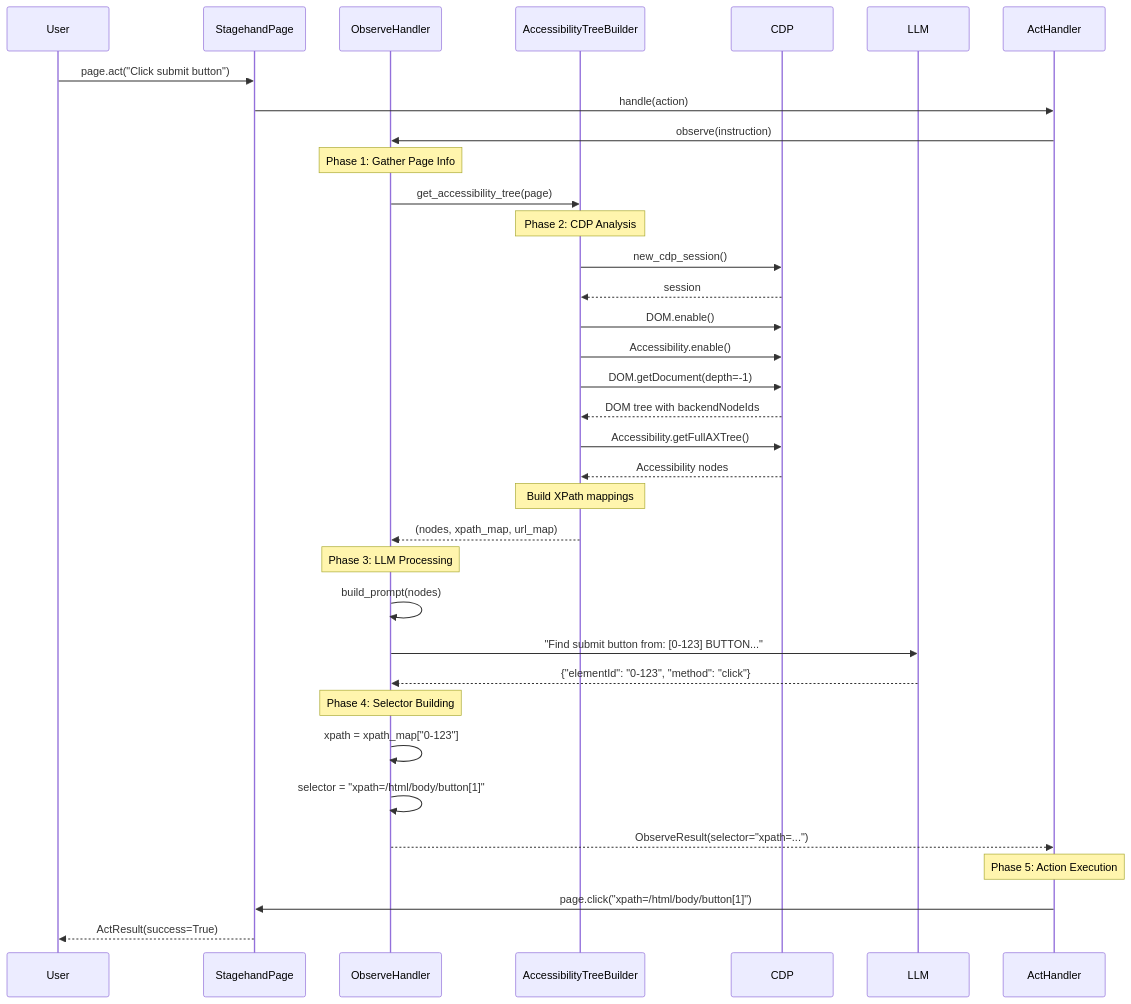
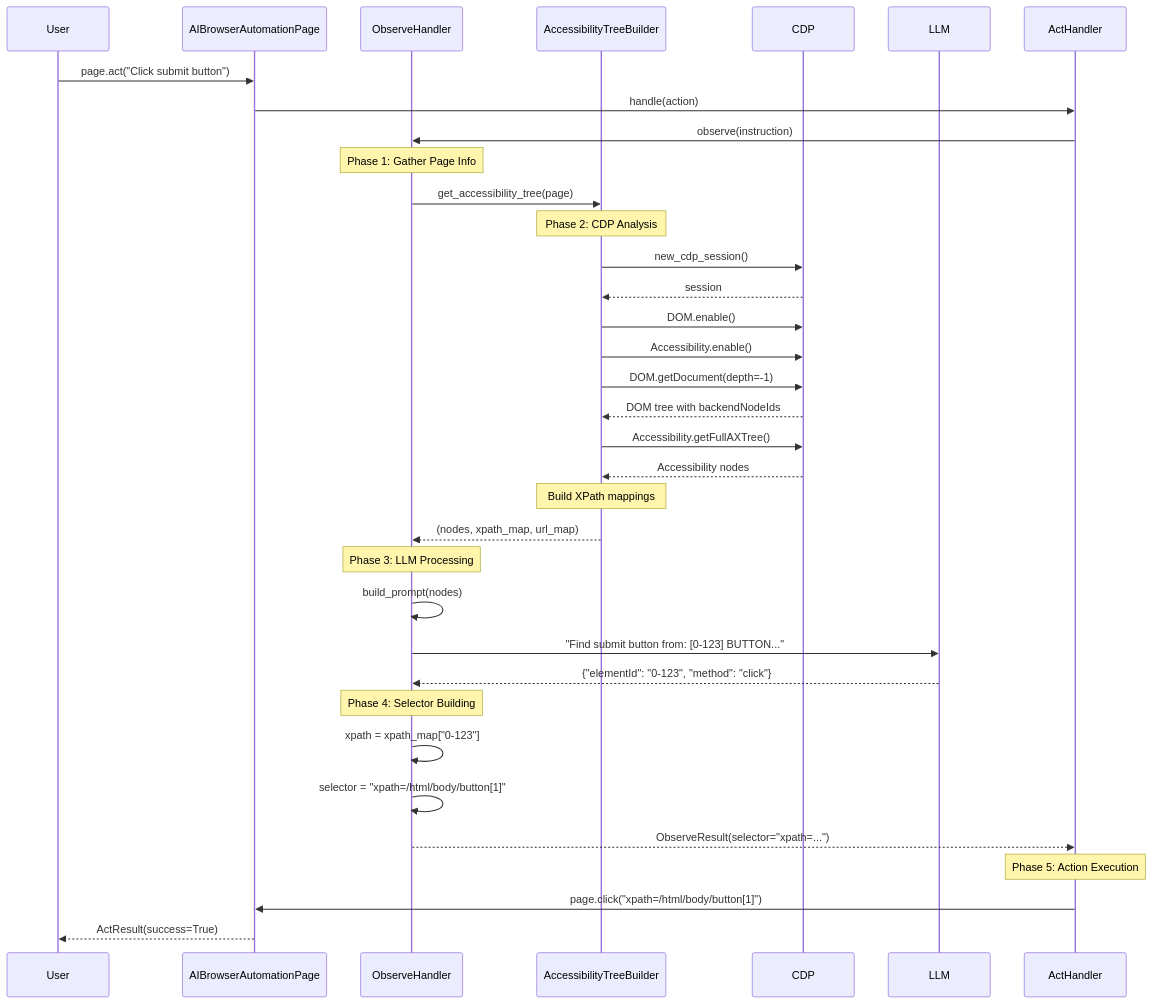
One commit to Aniruddh1/ai_browser_automation changed the diagram in docs/CDP_WORKFLOW_DIAGRAM.md. Above: the diagram before and after it, drawn with Mermaid. The commit also changed 47 other files, not shown here.

````diff
--- a/docs/CDP_WORKFLOW_DIAGRAM.md
+++ b/docs/CDP_WORKFLOW_DIAGRAM.md
@@ -5,47 +5,47 @@
 ```mermaid
 sequenceDiagram
     participant User
-    participant StagehandPage
+    participant AIBrowserAutomationPage
     participant ObserveHandler
     participant AccessibilityTreeBuilder
     participant CDP
     participant LLM
     participant ActHandler
 
-    User->>StagehandPage: page.act("Click submit button")
-    StagehandPage->>ActHandler: handle(action)
+    User->>AIBrowserAutomationPage: page.act("Click submit button")
+    AIBrowserAutomationPage->>ActHandler: handle(action)
     ActHandler->>ObserveHandler: observe(instruction)
     
     Note over ObserveHandler: Phase 1: Gather Page Info
     ObserveHandler->>AccessibilityTreeBuilder: get_accessibility_tree(page)
     
     Note over AccessibilityTreeBuilder: Phase 2: CDP Analysis
     AccessibilityTreeBuilder->>CDP: new_cdp_session()
     CDP-->>AccessibilityTreeBuilder: session
     
     AccessibilityTreeBuilder->>CDP: DOM.enable()
     AccessibilityTreeBuilder->>CDP: Accessibility.enable()
     
     AccessibilityTreeBuilder->>CDP: DOM.getDocument(depth=-1)
     CDP-->>AccessibilityTreeBuilder: DOM tree with backendNodeIds
     
     AccessibilityTreeBuilder->>CDP: Accessibility.getFullAXTree()
     CDP-->>AccessibilityTreeBuilder: Accessibility nodes
     
     Note over AccessibilityTreeBuilder: Build XPath mappings
     AccessibilityTreeBuilder-->>ObserveHandler: (nodes, xpath_map, url_map)
     
     Note over ObserveHandler: Phase 3: LLM Processing
     ObserveHandler->>ObserveHandler: build_prompt(nodes)
     ObserveHandler->>LLM: "Find submit button from: [0-123] BUTTON..."
     LLM-->>ObserveHandler: {"elementId": "0-123", "method": "click"}
     
     Note over ObserveHandler: Phase 4: Selector Building
     ObserveHandler->>ObserveHandler: xpath = xpath_map["0-123"]
     ObserveHandler->>ObserveHandler: selector = "xpath=/html/body/button[1]"
     ObserveHandler-->>ActHandler: ObserveResult(selector="xpath=...")
     
     Note over ActHandler: Phase 5: Action Execution
-    ActHandler->>StagehandPage: page.click("xpath=/html/body/button[1]")
-    StagehandPage-->>User: ActResult(success=True)
+    ActHandler->>AIBrowserAutomationPage: page.click("xpath=/html/body/button[1]")
+    AIBrowserAutomationPage-->>User: ActResult(success=True)
 ```
````
